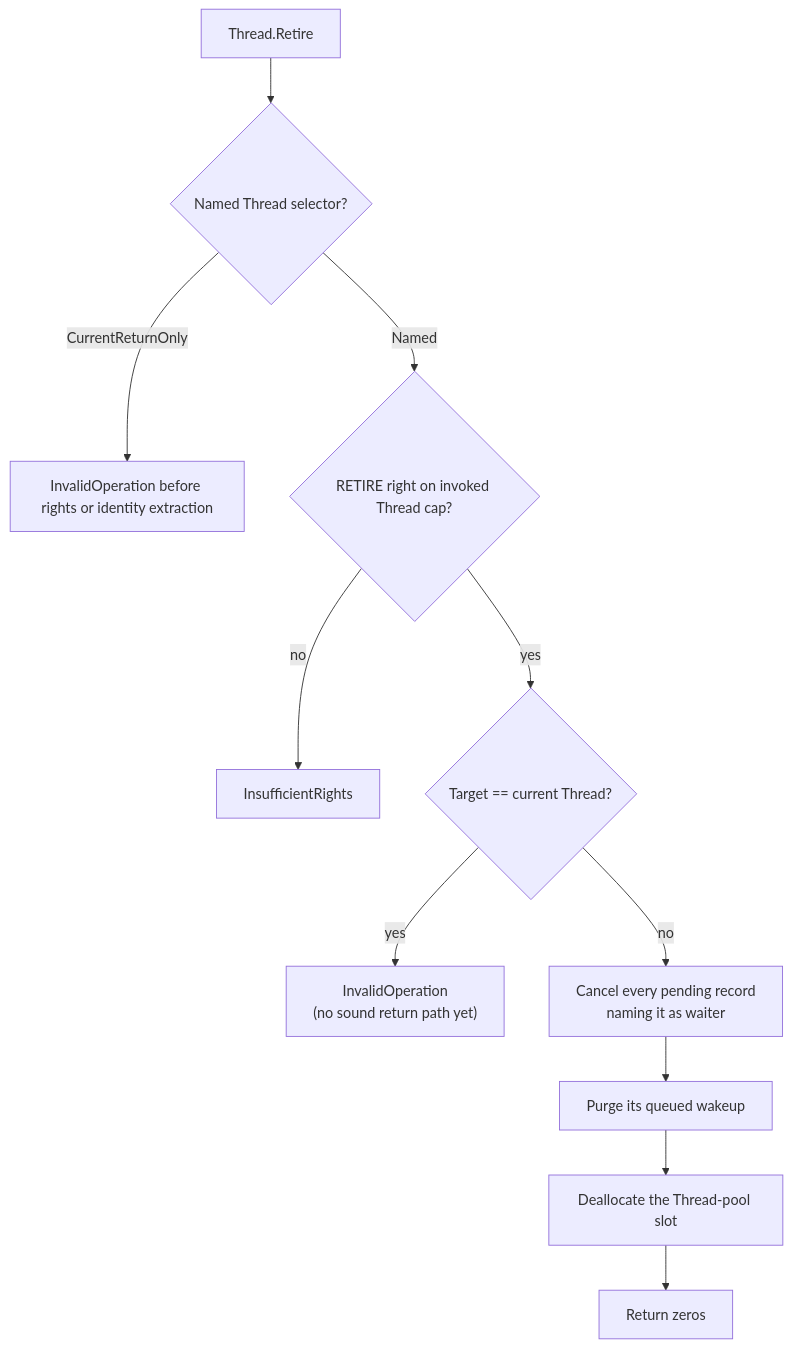
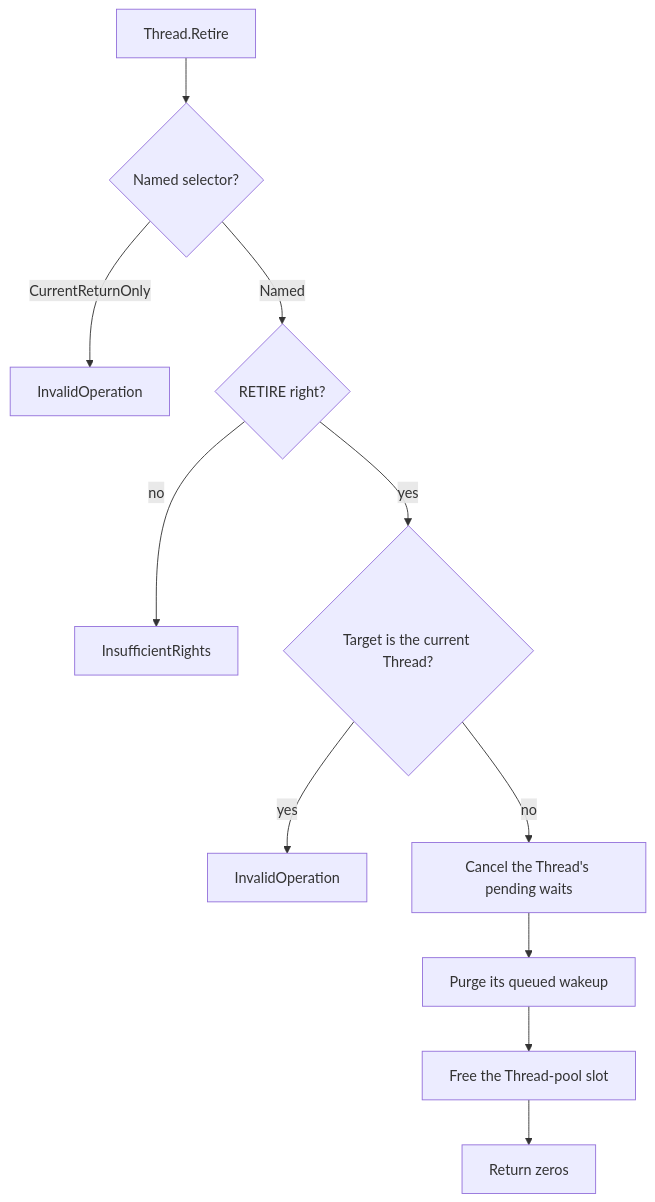
The diagram in doc/object_types/core/thread.md (metta-systems/vesper), drawn with Mermaid before and after one commit. The commit also changed other lines of this file and 21 other files, not shown here.

````diff
--- a/doc/object_types/core/thread.md
+++ b/doc/object_types/core/thread.md
@@ -107,13 +58,13 @@
 ```mermaid
 flowchart TD
-    A["Thread.Retire"] --> S{"Named Thread selector?"}
-    S -- "CurrentReturnOnly" --> ES["InvalidOperation before rights or identity extraction"]
-    S -- "Named" --> B{"RETIRE right on invoked Thread cap?"}
+    A["Thread.Retire"] --> S{"Named selector?"}
+    S -- "CurrentReturnOnly" --> ES["InvalidOperation"]
+    S -- "Named" --> B{"RETIRE right?"}
     B -- "no" --> E1["InsufficientRights"]
-    B -- "yes" --> C{"Target == current Thread?"}
-    C -- "yes" --> E2["InvalidOperation<br/>(no sound return path yet)"]
-    C -- "no" --> D["Cancel every pending record<br/>naming it as waiter"]
+    B -- "yes" --> C{"Target is the current Thread?"}
+    C -- "yes" --> E2["InvalidOperation"]
+    C -- "no" --> D["Cancel the Thread's pending waits"]
     D --> E["Purge its queued wakeup"]
-    E --> F["Deallocate the Thread-pool slot"]
+    E --> F["Free the Thread-pool slot"]
     F --> OK["Return zeros"]
 ```
````
